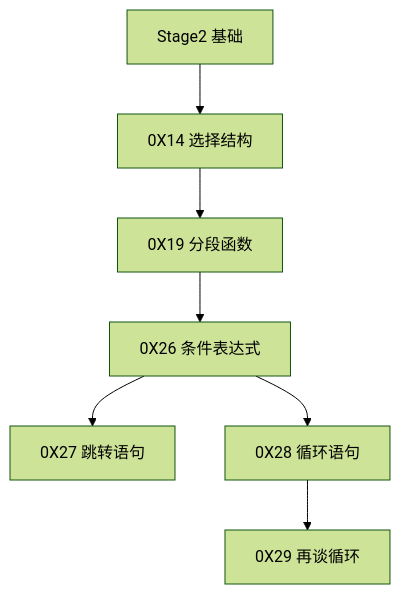
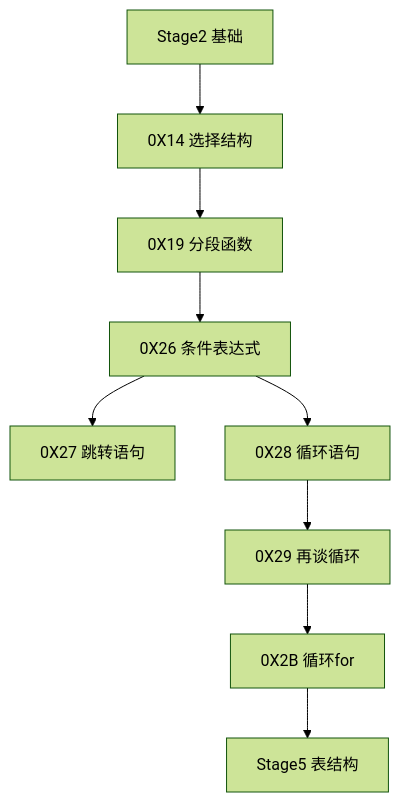
Before and after one commit to ZhiZe-ZG/TXLuaLesson: the eighth of 9 diagrams in 目录.md, drawn with Mermaid (forest theme). The commit also changed other lines of this file and 9 other files, not shown here.

````diff
--- a/目录.md
+++ b/目录.md
@@ -213,17 +232,21 @@
 ```mermaid
-graph TD;
+graph TD
     S2[Stage2 基础]
+    S5[Stage5 表结构]
     C14[0X14 选择结构]
     C19[0X19 分段函数]
     C26[0X26 条件表达式]
     C27[0X27 跳转语句]
     C28[0X28 循环语句]
     C29[0X29 再谈循环]
+    C2B[0X2B 循环for]
 
     S2-->C14
     C14-->C19
     C19-->C26
     C26-->C27
     C26-->C28
     C28-->C29
+    C29-->C2B
+    C2B-->S5
 ```
````
